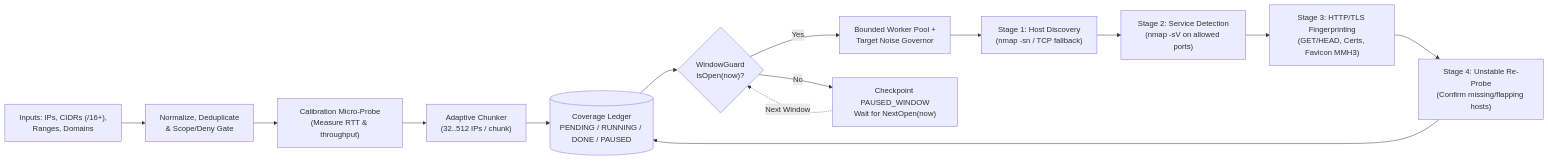
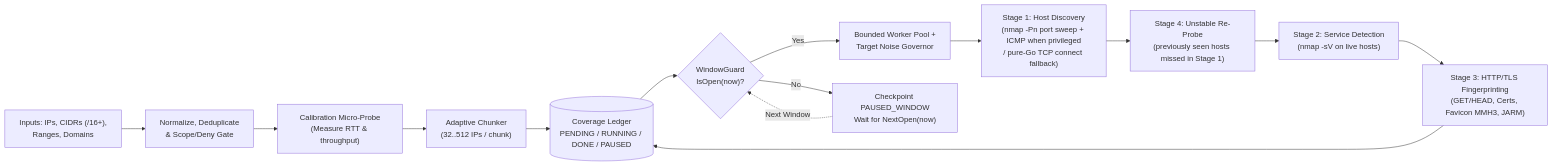
One commit to Rei-x/agh-attack-surface-intelligence changed the second of 4 diagrams in docs/ARCHITECTURE.md. Above: the diagram before and after it, drawn with Mermaid. The commit also changed other lines of this file and 2 other files, not shown here.

First line of the commit message:
docs: README technical overview (architecture, package map, doc links); align ARCHITECTURE.md with the code

````diff
--- a/docs/ARCHITECTURE.md
+++ b/docs/ARCHITECTURE.md
@@ -65,16 +75,16 @@
 ```mermaid
 flowchart LR
     IN["Inputs: IPs, CIDRs (/16+),<br/>Ranges, Domains"] --> NORM["Normalize, Deduplicate<br/>& Scope/Deny Gate"]
     NORM --> CAL["Calibration Micro-Probe<br/>(Measure RTT & throughput)"]
     CAL --> CHUNK["Adaptive Chunker<br/>(32..512 IPs / chunk)"]
     CHUNK --> LEDGER[("Coverage Ledger<br/>PENDING / RUNNING / DONE / PAUSED")]
     LEDGER --> WG{"WindowGuard<br/>IsOpen(now)?"}
     WG -->|Yes| POOL["Bounded Worker Pool +<br/>Target Noise Governor"]
     WG -->|No| PAUSE["Checkpoint PAUSED_WINDOW<br/>Wait for NextOpen(now)"]
     PAUSE -.->|Next Window| WG
-    POOL --> S1["Stage 1: Host Discovery<br/>(nmap -sn / TCP fallback)"]
-    S1 --> S2["Stage 2: Service Detection<br/>(nmap -sV on allowed ports)"]
-    S2 --> S3["Stage 3: HTTP/TLS Fingerprinting<br/>(GET/HEAD, Certs, Favicon MMH3)"]
-    S3 --> S4["Stage 4: Unstable Re-Probe<br/>(Confirm missing/flapping hosts)"]
-    S4 --> LEDGER
+    POOL --> S1["Stage 1: Host Discovery<br/>(nmap -Pn port sweep + ICMP when privileged<br/>/ pure-Go TCP connect fallback)"]
+    S1 --> S4["Stage 4: Unstable Re-Probe<br/>(previously seen hosts missed in Stage 1)"]
+    S4 --> S2["Stage 2: Service Detection<br/>(nmap -sV on live hosts)"]
+    S2 --> S3["Stage 3: HTTP/TLS Fingerprinting<br/>(GET/HEAD, Certs, Favicon MMH3, JARM)"]
+    S3 --> LEDGER
 ```
````
